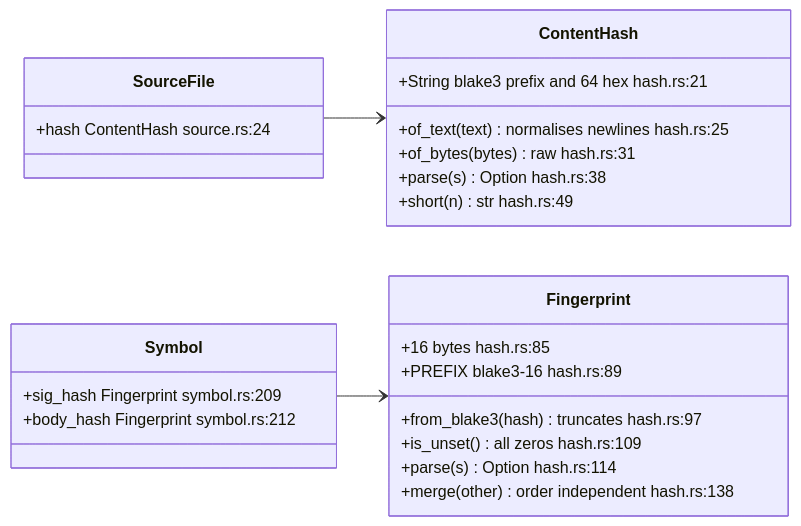
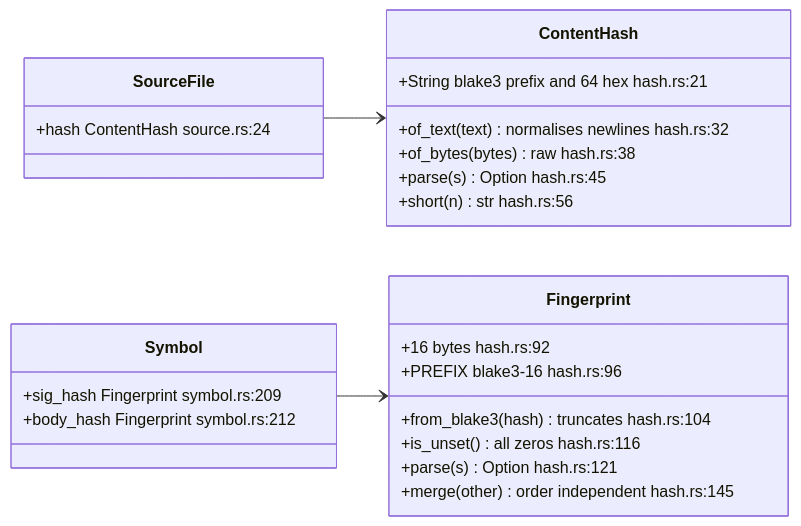
Before and after one commit to DreamLab-AI/VisionFlow: the first of 5 diagrams in docs/diagrams/sealmap/02-content-hashes-and-fingerprints.md, drawn with Mermaid. The commit also changed other lines of this file and 59 other files, not shown here.

First line of the commit message:
docs(diagrams): re-derive and re-stamp forum, website, pod, ontomark and sealmap topics

````diff
--- a/docs/diagrams/sealmap/02-content-hashes-and-fingerprints.md
+++ b/docs/diagrams/sealmap/02-content-hashes-and-fingerprints.md
@@ -59,28 +59,28 @@
 ```mermaid
 classDiagram
     direction LR
     class ContentHash {
         +String blake3 prefix and 64 hex  hash.rs:21
-        +of_text(text) normalises newlines  hash.rs:25
-        +of_bytes(bytes) raw  hash.rs:31
-        +parse(s) Option  hash.rs:38
-        +short(n) str  hash.rs:49
+        +of_text(text) normalises newlines  hash.rs:32
+        +of_bytes(bytes) raw  hash.rs:38
+        +parse(s) Option  hash.rs:45
+        +short(n) str  hash.rs:56
     }
     class Fingerprint {
-        +16 bytes  hash.rs:85
-        +PREFIX blake3-16  hash.rs:89
-        +from_blake3(hash) truncates  hash.rs:97
-        +is_unset() all zeros  hash.rs:109
-        +parse(s) Option  hash.rs:114
-        +merge(other) order independent  hash.rs:138
+        +16 bytes  hash.rs:92
+        +PREFIX blake3-16  hash.rs:96
+        +from_blake3(hash) truncates  hash.rs:104
+        +is_unset() all zeros  hash.rs:116
+        +parse(s) Option  hash.rs:121
+        +merge(other) order independent  hash.rs:145
     }
     class SourceFile {
         +hash ContentHash  source.rs:24
     }
     class Symbol {
         +sig_hash Fingerprint  symbol.rs:209
         +body_hash Fingerprint  symbol.rs:212
     }
     SourceFile --> ContentHash
     Symbol --> Fingerprint
 ```
````
